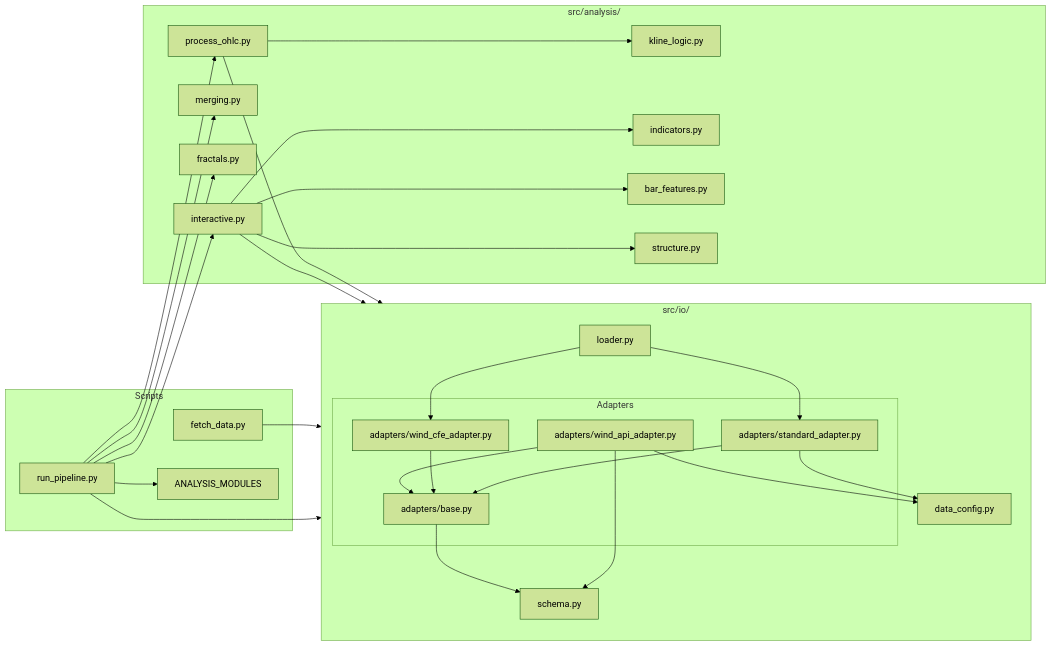
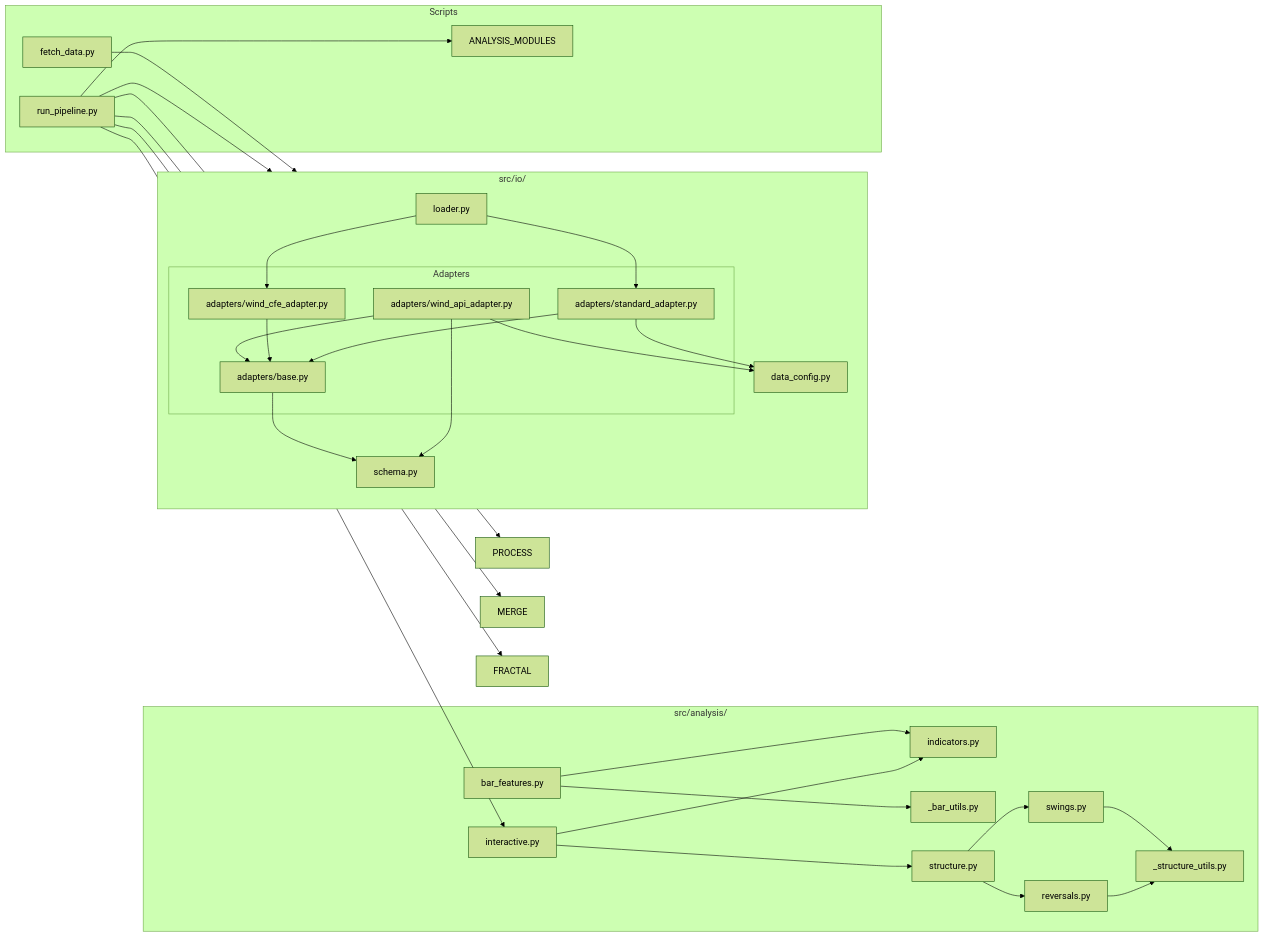
One commit to terry-an-investor/chart-analysis changed the third of 3 diagrams in WORKFLOW.md. Above: the diagram before and after it, drawn with Mermaid (forest theme). The commit also changed other lines of this file and 2 other files, not shown here.

Commit message:
refactor(docs): reflect new module structure in README.md and ROADMAP.md; update WORKFLOW.md to match refactor

````diff
--- a/WORKFLOW.md
+++ b/WORKFLOW.md
@@ -192,60 +148,62 @@
 ```mermaid
 graph LR
     subgraph "src/io/"
         direction TB
         CONFIG[data_config.py]
         SCHEMA[schema.py]
         LOADER[loader.py]
         
         subgraph "Adapters"
             BASE[adapters/base.py]
             WIND_API[adapters/wind_api_adapter.py]
             WIND_CFE[adapters/wind_cfe_adapter.py]
             STD[adapters/standard_adapter.py]
         end
         
         BASE --> SCHEMA
         WIND_API --> BASE
         WIND_CFE --> BASE
         STD --> BASE
         
         WIND_API --> CONFIG
         WIND_API --> SCHEMA
         STD --> CONFIG
         
         LOADER --> STD
         LOADER --> WIND_CFE
     end
     
     subgraph "src/analysis/"
-        KLINE[kline_logic.py]
-        PROCESS[process_ohlc.py]
-        MERGE[merging.py]
-        FRACTAL[fractals.py]
-        INTERACTIVE[interactive.py]
         INDICATORS[indicators.py]
         BAR_FEAT[bar_features.py]
+        BAR_UTILS[_bar_utils.py]
+        SWINGS[swings.py]
+        REVERSALS[reversals.py]
         STRUCTURE[structure.py]
+        STRUC_UTILS[_structure_utils.py]
+        INTERACTIVE[interactive.py]
         
-        PROCESS --> KLINE
-        PROCESS --> SCHEMA
+        BAR_FEAT --> BAR_UTILS
+        BAR_FEAT --> INDICATORS
+        SWINGS --> STRUC_UTILS
+        REVERSALS --> STRUC_UTILS
+        STRUCTURE --> SWINGS
+        STRUCTURE --> REVERSALS
         INTERACTIVE --> INDICATORS
-        INTERACTIVE --> BAR_FEAT
         INTERACTIVE --> STRUCTURE
-        INTERACTIVE --> SCHEMA
     end
     
     subgraph "Scripts"
         FETCH[fetch_data.py]
         RUN[run_pipeline.py]
         
         FETCH --> WIND_API
         RUN --> LOADER
         RUN --> ANALYSIS_MODULES
     end
     
     RUN --> PROCESS
     RUN --> MERGE
     RUN --> FRACTAL
     RUN --> INTERACTIVE
 ```
````
